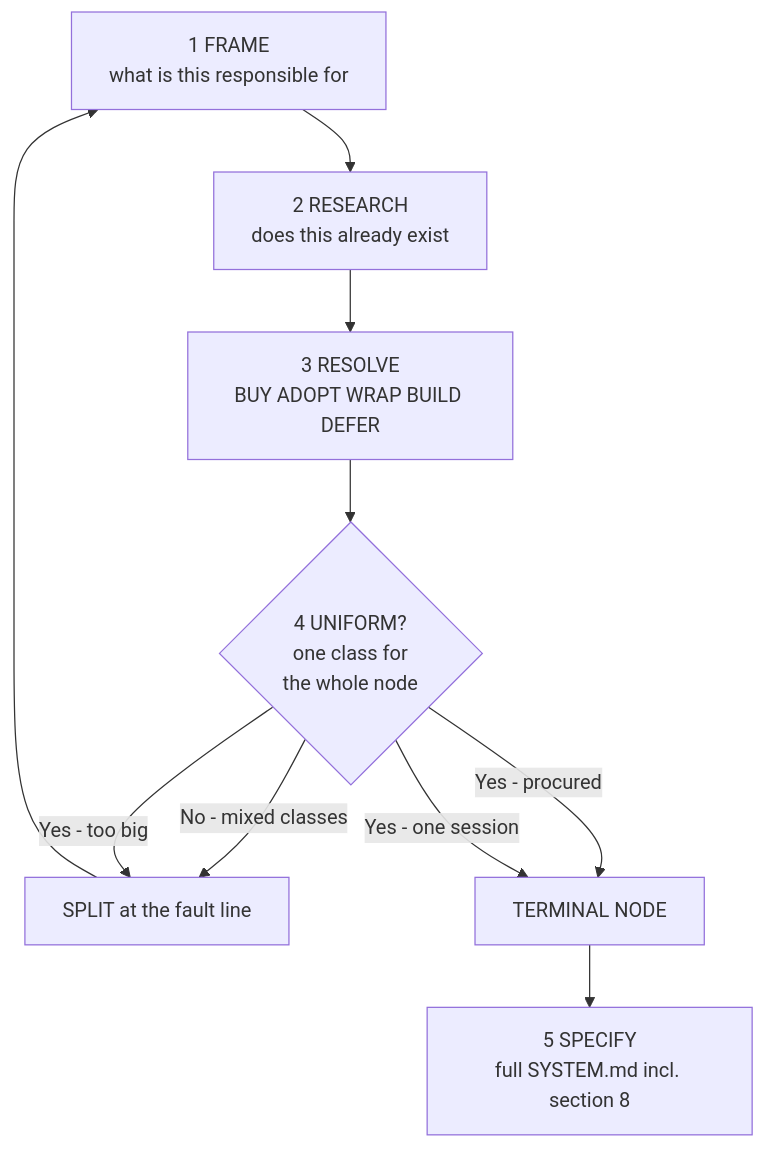
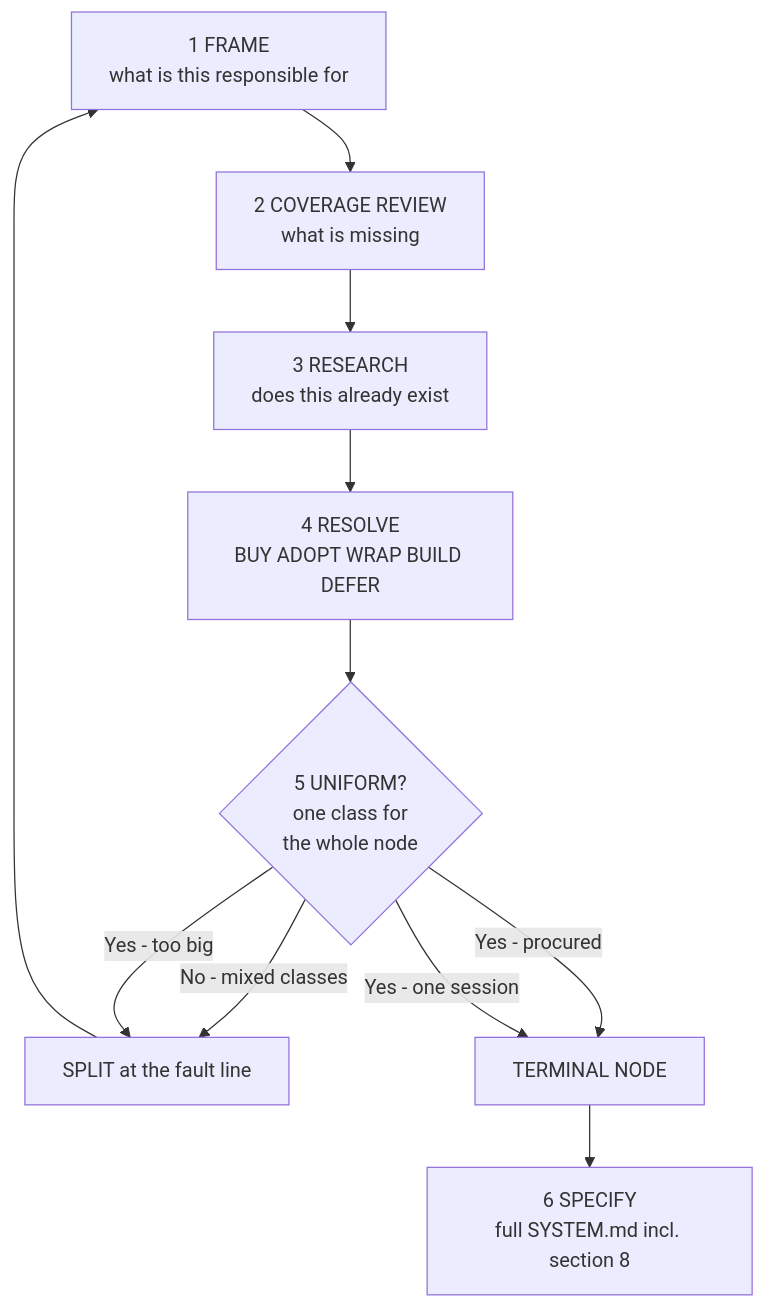
Before and after one commit to takku1/recurspec: the diagram in docs/process/contract-design.md, drawn with Mermaid. The commit also changed other lines of this file and 17 other files, not shown here.

````diff
--- a/docs/process/contract-design.md
+++ b/docs/process/contract-design.md
@@ -51,12 +51,13 @@
 ```mermaid
 graph TD
-    Frame[1 FRAME<br/>what is this responsible for] --> Research[2 RESEARCH<br/>does this already exist]
-    Research --> Resolve[3 RESOLVE<br/>BUY ADOPT WRAP BUILD DEFER]
-    Resolve --> Test{4 UNIFORM?<br/>one class for<br/>the whole node}
+    Frame[1 FRAME<br/>what is this responsible for] --> Cover[2 COVERAGE REVIEW<br/>what is missing]
+    Cover --> Research[3 RESEARCH<br/>does this already exist]
+    Research --> Resolve[4 RESOLVE<br/>BUY ADOPT WRAP BUILD DEFER]
+    Resolve --> Test{5 UNIFORM?<br/>one class for<br/>the whole node}
     Test -->|No - mixed classes| Split[SPLIT at the fault line]
     Test -->|Yes - procured| Terminal[TERMINAL NODE]
     Test -->|Yes - one session| Terminal
     Test -->|Yes - too big| Split
     Split --> Frame
-    Terminal --> Spec[5 SPECIFY<br/>full SYSTEM.md incl. section 8]
+    Terminal --> Spec[6 SPECIFY<br/>full SYSTEM.md incl. section 8]
 ```
````
